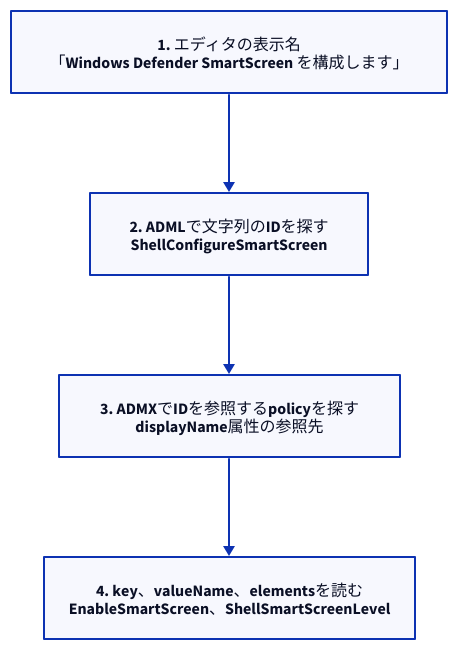
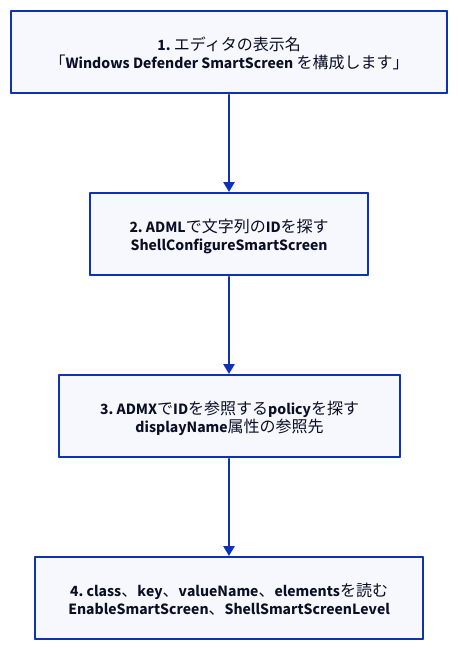
One commit to kenchan0130/kenchan0130.github.io changed the fourth of 6 diagrams in src/content/posts/2026-10-05-1.mdx. Above: the diagram before and after it, drawn with D2. The commit also changed other lines of this file and 4 other files, not shown here.

````diff
--- a/src/content/posts/2026-10-05-1.mdx
+++ b/src/content/posts/2026-10-05-1.mdx
@@ -454,8 +568,8 @@
 ```d2 title="エディタの表示名から、ADML、ADMXを順にたどってレジストリの値を調べる手順"
 direction: down
 name: "1. エディタの表示名\n「Windows Defender SmartScreen を構成します」"
 id: "2. ADMLで文字列のIDを探す\nShellConfigureSmartScreen"
 policy: "3. ADMXでIDを参照するpolicyを探す\ndisplayName属性の参照先"
-reg: "4. key、valueName、elementsを読む\nEnableSmartScreen、ShellSmartScreenLevel"
+reg: "4. class、key、valueName、elementsを読む\nEnableSmartScreen、ShellSmartScreenLevel"
 name -> id -> policy -> reg
 ```
````
